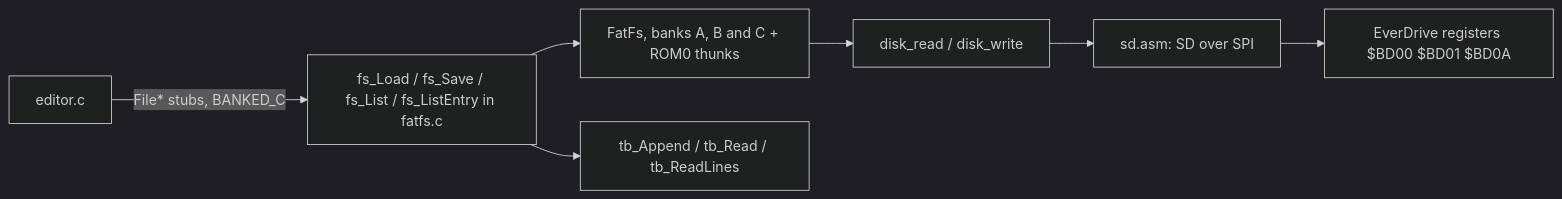
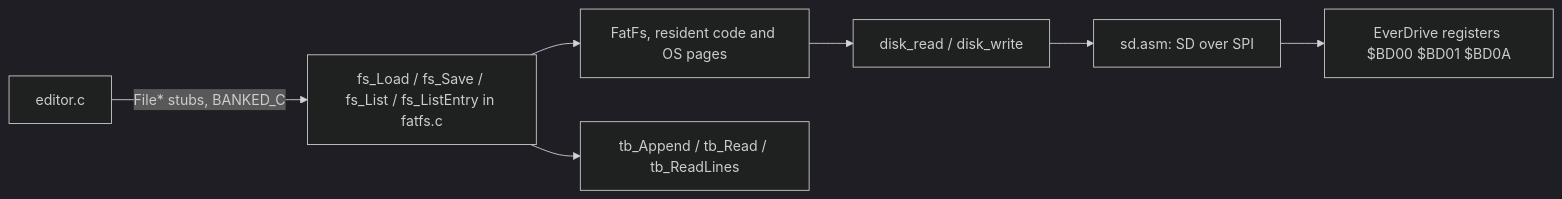
Before and after one commit to Q-Bert-Reynolds/fatpak: the third of 3 diagrams in ARCHITECTURE.md, drawn with Mermaid (dark theme). The commit also changed other lines of this file and 39 other files, not shown here.

````diff
--- a/ARCHITECTURE.md
+++ b/ARCHITECTURE.md
@@ -205,9 +204,9 @@
 ```mermaid
 flowchart LR
   editorc[editor.c] -->|File* stubs, BANKED_C| api[fs_Load / fs_Save / fs_List / fs_ListEntry in fatfs.c]
-  api --> ff[FatFs, banks A, B and C + ROM0 thunks]
+  api --> ff[FatFs, resident code and OS pages]
   ff --> glue[disk_read / disk_write]
   glue --> sd[sd.asm: SD over SPI]
   sd --> regs[EverDrive registers $BD00 $BD01 $BD0A]
   api --> tb[tb_Append / tb_Read / tb_ReadLines]
 ```
````
